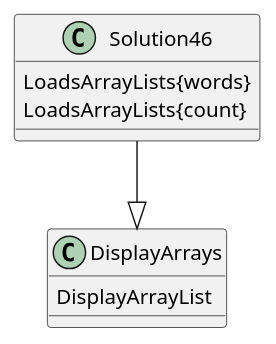
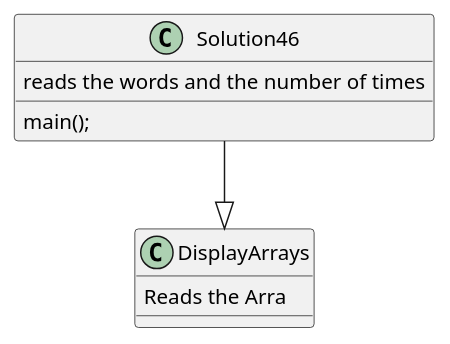
One commit to JOLeary5/OLeary-a04 changed the diagram in exercise46/Docs/Solution46.puml. Above: the diagram before and after it, drawn with PlantUML. The commit also changed 49 other files, not shown here.

```diff
--- a/exercise46/Docs/Solution46.puml
+++ b/exercise46/Docs/Solution46.puml
@@ -1,15 +1,16 @@
 @startuml
 'https://plantuml.com/class-diagram
 
 class Solution46{
-LoadsArrayLists{words}
-LoadsArrayLists{count}
+reads the words and the number of times
+main();
+
 }
 
 class DisplayArrays{
-    DisplayArrayList
+    Reads the Arra
 
 }
 
 Solution46 --|> DisplayArrays
 @enduml
```
